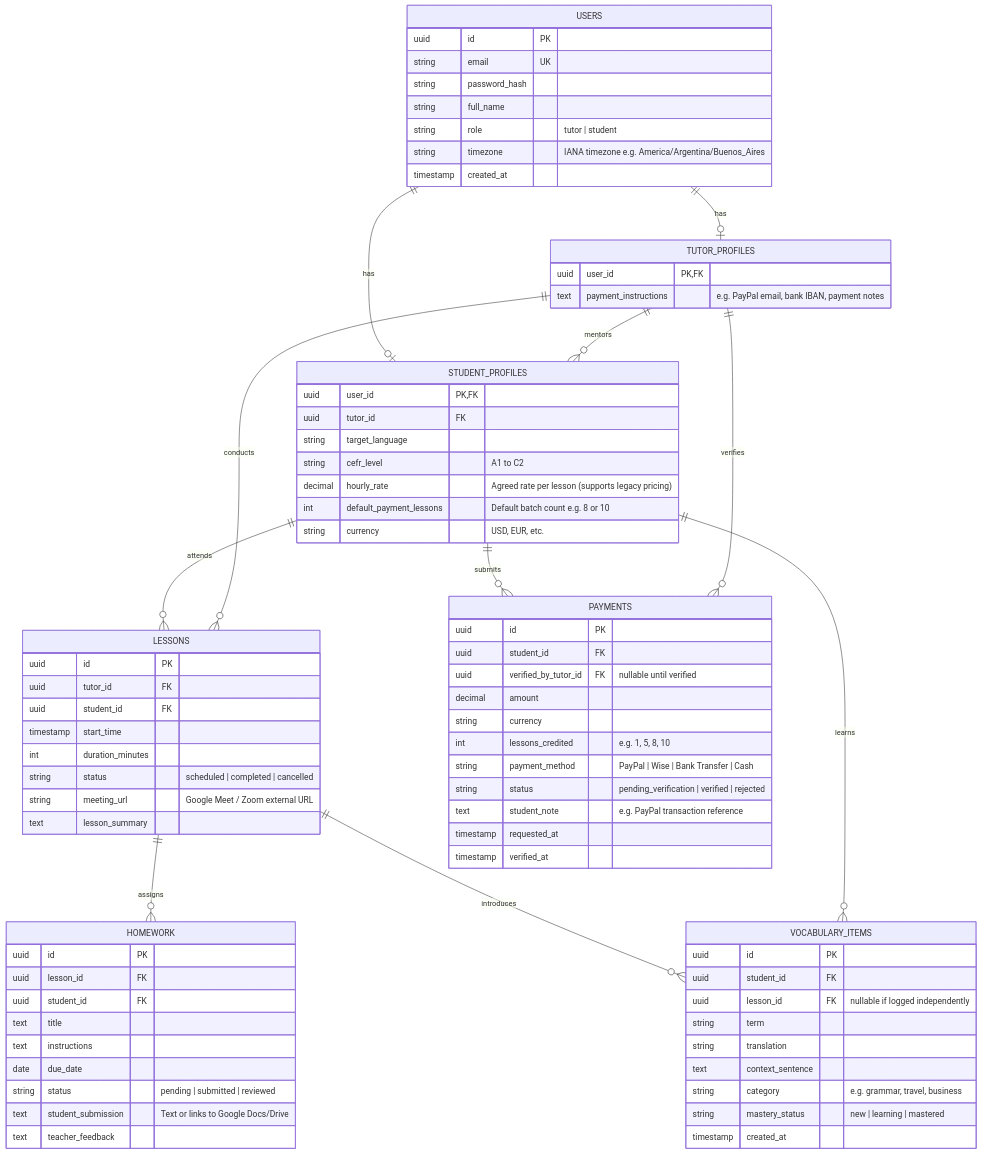
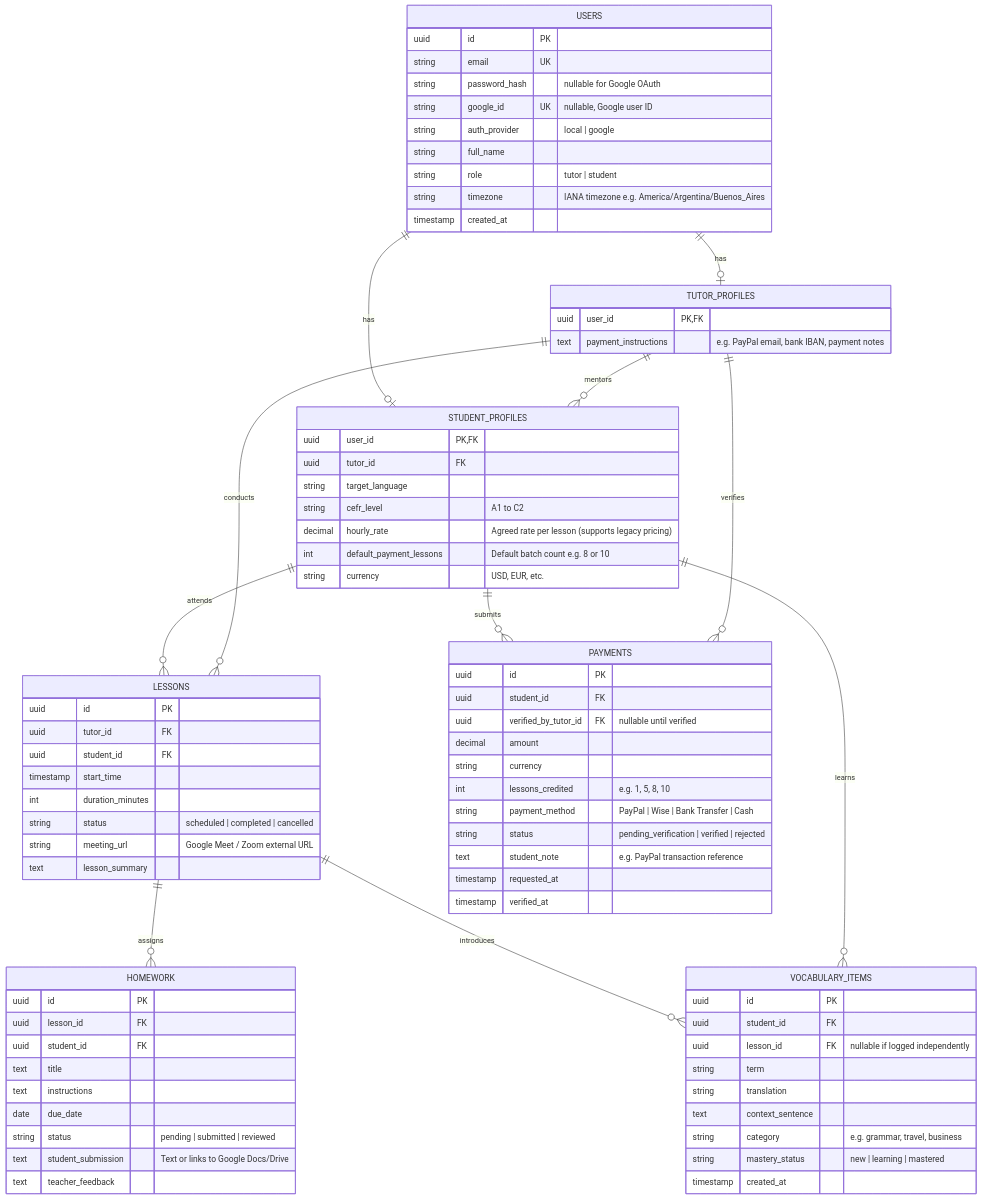
Before and after one commit to DmytroCherednichenko/idiomar-crm: the diagram in docs/diagrams/01-erd.mmd, drawn with Mermaid. The commit also changed 5 other files, not shown here.

Commit message:
add Google OAuth log-in to docs

```diff
--- a/docs/diagrams/01-erd.mmd
+++ b/docs/diagrams/01-erd.mmd
@@ -1,88 +1,90 @@
 erDiagram
     USERS ||--o| STUDENT_PROFILES : "has"
     USERS ||--o| TUTOR_PROFILES : "has"
     TUTOR_PROFILES ||--o{ STUDENT_PROFILES : "mentors"
     
     STUDENT_PROFILES ||--o{ LESSONS : "attends"
     TUTOR_PROFILES ||--o{ LESSONS : "conducts"
     
     STUDENT_PROFILES ||--o{ PAYMENTS : "submits"
     TUTOR_PROFILES ||--o{ PAYMENTS : "verifies"
 
     LESSONS ||--o{ HOMEWORK : "assigns"
     LESSONS ||--o{ VOCABULARY_ITEMS : "introduces"
     STUDENT_PROFILES ||--o{ VOCABULARY_ITEMS : "learns"
 
     USERS {
         uuid id PK
         string email UK
-        string password_hash
+        string password_hash "nullable for Google OAuth"
+        string google_id UK "nullable, Google user ID"
+        string auth_provider "local | google"
         string full_name
         string role "tutor | student"
         string timezone "IANA timezone e.g. America/Argentina/Buenos_Aires"
         timestamp created_at
     }
 
     STUDENT_PROFILES {
         uuid user_id PK, FK
         uuid tutor_id FK
         string target_language
         string cefr_level "A1 to C2"
         decimal hourly_rate "Agreed rate per lesson (supports legacy pricing)"
         int default_payment_lessons "Default batch count e.g. 8 or 10"
         string currency "USD, EUR, etc."
     }
 
     TUTOR_PROFILES {
         uuid user_id PK, FK
         text payment_instructions "e.g. PayPal email, bank IBAN, payment notes"
     }
 
     PAYMENTS {
         uuid id PK
         uuid student_id FK
         uuid verified_by_tutor_id FK "nullable until verified"
         decimal amount
         string currency
         int lessons_credited "e.g. 1, 5, 8, 10"
         string payment_method "PayPal | Wise | Bank Transfer | Cash"
         string status "pending_verification | verified | rejected"
         text student_note "e.g. PayPal transaction reference"
         timestamp requested_at
         timestamp verified_at
     }
 
     LESSONS {
         uuid id PK
         uuid tutor_id FK
         uuid student_id FK
         timestamp start_time
         int duration_minutes
         string status "scheduled | completed | cancelled"
         string meeting_url "Google Meet / Zoom external URL"
         text lesson_summary
     }
 
     HOMEWORK {
         uuid id PK
         uuid lesson_id FK
         uuid student_id FK
         text title
         text instructions
         date due_date
         string status "pending | submitted | reviewed"
         text student_submission "Text or links to Google Docs/Drive"
         text teacher_feedback
     }
 
     VOCABULARY_ITEMS {
         uuid id PK
         uuid student_id FK
         uuid lesson_id FK "nullable if logged independently"
         string term
         string translation
         text context_sentence
         string category "e.g. grammar, travel, business"
         string mastery_status "new | learning | mastered"
         timestamp created_at
     }
```
